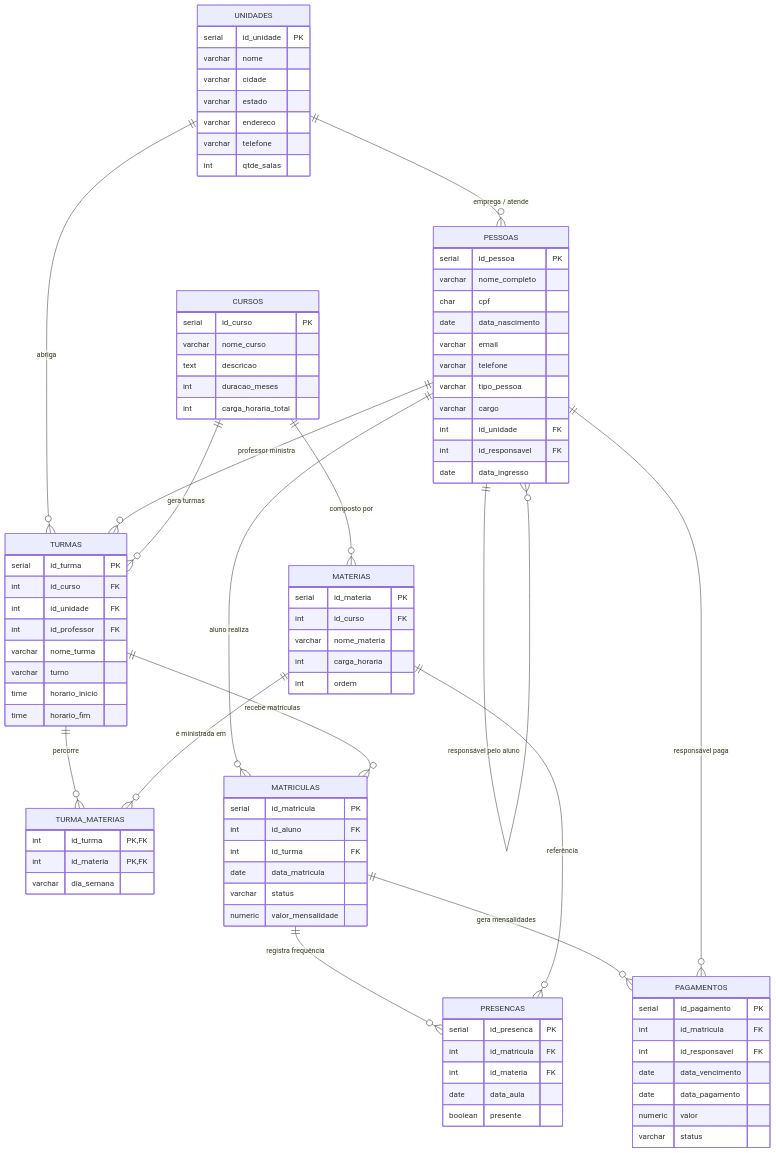
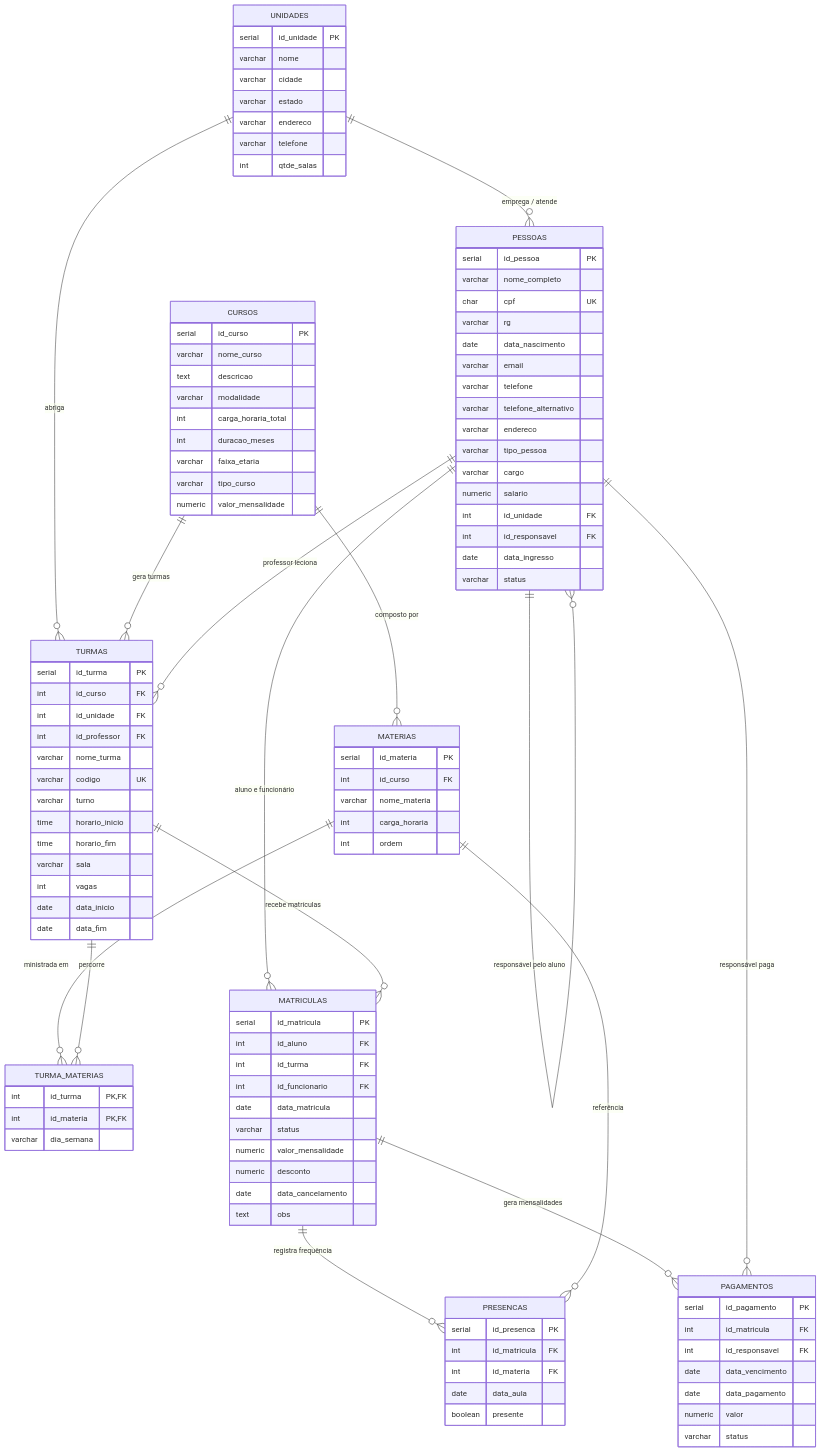
Before and after one commit to matmvb/Atividade-Banco-de-Dados-PgAdmin-: the diagram in README.md, drawn with Mermaid. The commit also changed other lines of this file and 11 other files, not shown here.

```diff
--- a/README.md
+++ b/README.md
@@ -78,26 +78,16 @@
         int qtde_salas
     }
 
-    PESSOAS {
-        serial id_pessoa PK
-        varchar nome_completo
-        char cpf
-        date data_nascimento
-        varchar email
-        varchar telefone
-        varchar tipo_pessoa
-        varchar cargo
-        int id_unidade FK
-        int id_responsavel FK
-        date data_ingresso
-    }
-
     CURSOS {
         serial id_curso PK
         varchar nome_curso
         text descricao
+        varchar modalidade
+        int carga_horaria_total
         int duracao_meses
-        int carga_horaria_total
+        varchar faixa_etaria
+        varchar tipo_curso
+        numeric valor_mensalidade
     }
 
     MATERIAS {
@@ -108,15 +98,39 @@
         int ordem
     }
 
+    PESSOAS {
+        serial id_pessoa PK
+        varchar nome_completo
+        char cpf UK
+        varchar rg
+        date data_nascimento
+        varchar email
+        varchar telefone
+        varchar telefone_alternativo
+        varchar endereco
+        varchar tipo_pessoa
+        varchar cargo
+        numeric salario
+        int id_unidade FK
+        int id_responsavel FK
+        date data_ingresso
+        varchar status
+    }
+
     TURMAS {
         serial id_turma PK
         int id_curso FK
         int id_unidade FK
         int id_professor FK
         varchar nome_turma
+        varchar codigo UK
         varchar turno
         time horario_inicio
         time horario_fim
+        varchar sala
+        int vagas
+        date data_inicio
+        date data_fim
     }
 
     TURMA_MATERIAS {
@@ -129,9 +143,13 @@
         serial id_matricula PK
         int id_aluno FK
         int id_turma FK
+        int id_funcionario FK
         date data_matricula
         varchar status
         numeric valor_mensalidade
+        numeric desconto
+        date data_cancelamento
+        text obs
     }
 
     PRESENCAS {
@@ -154,13 +172,13 @@
 
     UNIDADES ||--o{ PESSOAS : "emprega / atende"
     UNIDADES ||--o{ TURMAS : "abriga"
-    PESSOAS ||--o{ PESSOAS : "responsável pelo aluno"
-    PESSOAS ||--o{ TURMAS : "professor ministra"
     CURSOS ||--o{ MATERIAS : "composto por"
     CURSOS ||--o{ TURMAS : "gera turmas"
+    MATERIAS ||--o{ TURMA_MATERIAS : "ministrada em"
     TURMAS ||--o{ TURMA_MATERIAS : "percorre"
-    MATERIAS ||--o{ TURMA_MATERIAS : "é ministrada em"
-    PESSOAS ||--o{ MATRICULAS : "aluno realiza"
+    PESSOAS ||--o{ PESSOAS : "responsável pelo aluno"
+    PESSOAS ||--o{ TURMAS : "professor leciona"
+    PESSOAS ||--o{ MATRICULAS : "aluno e funcionário"
     TURMAS ||--o{ MATRICULAS : "recebe matrículas"
     MATRICULAS ||--o{ PRESENCAS : "registra frequência"
     MATERIAS ||--o{ PRESENCAS : "referência"
```
